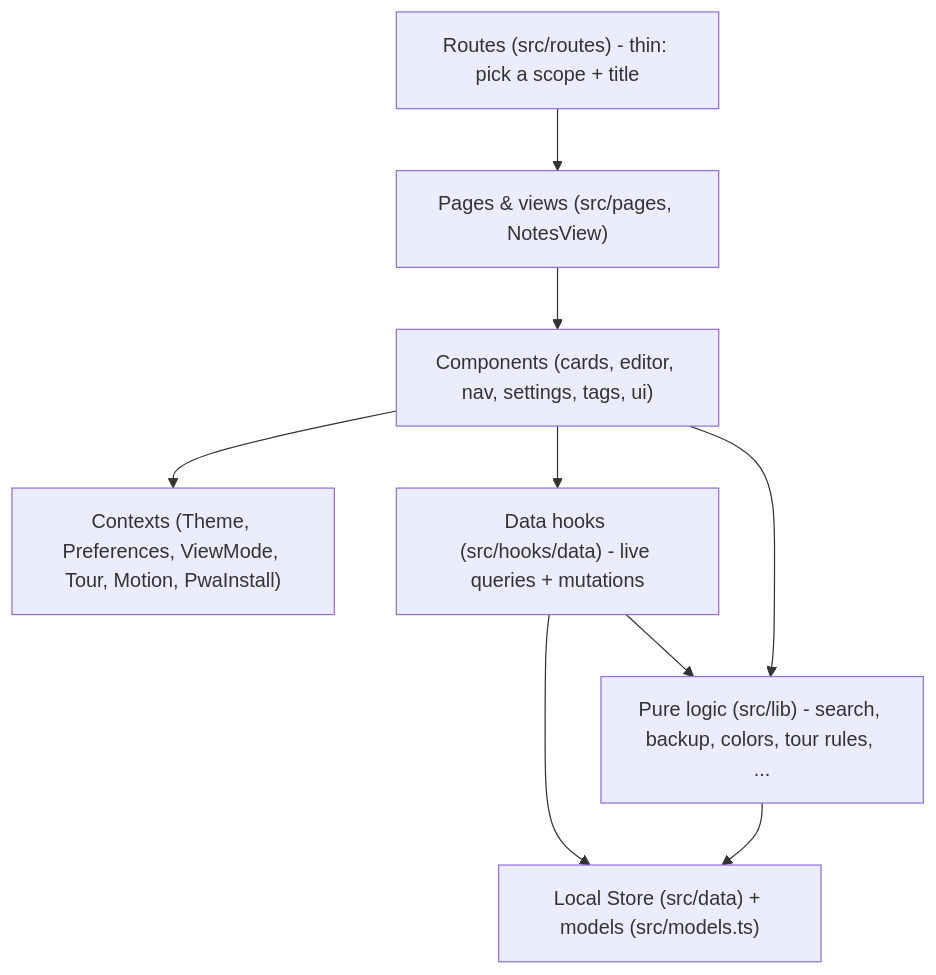
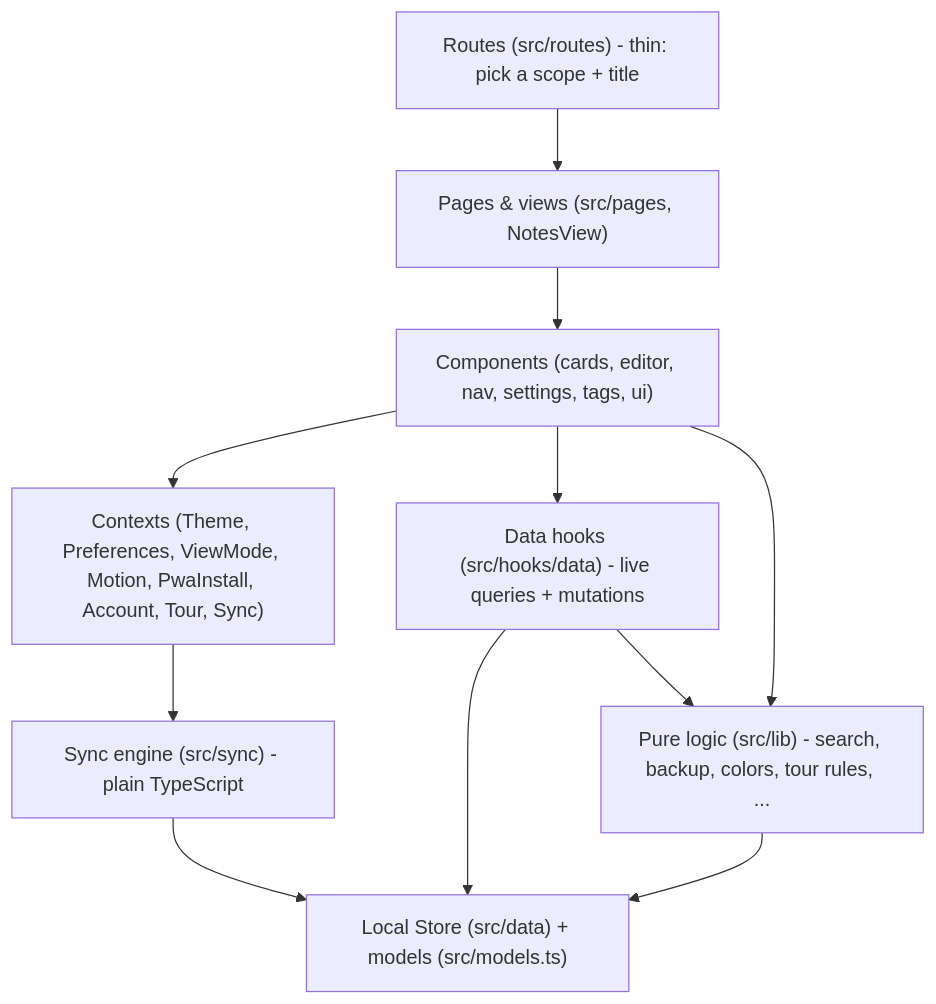
Before and after one commit to soukupj00/your-notes-fe: the second of 2 diagrams in docs/architecture/01-architecture.md, drawn with Mermaid. The commit also changed other lines of this file and 24 other files, not shown here.

Commit message:
docs: shorter CLAUDE.md files and roadmap with diagrams, architecture chapters brought up to the built state, slice records in their own file

````diff
--- a/docs/architecture/01-architecture.md
+++ b/docs/architecture/01-architecture.md
@@ -34,17 +34,20 @@
 ```mermaid
 flowchart TD
     R["Routes (src/routes) - thin: pick a scope + title"]
     P["Pages & views (src/pages, NotesView)"]
     C["Components (cards, editor, nav, settings, tags, ui)"]
-    X["Contexts (Theme, Preferences, ViewMode, Tour, Motion, PwaInstall)"]
+    X["Contexts (Theme, Preferences, ViewMode, Motion, PwaInstall, Account, Tour, Sync)"]
+    Y["Sync engine (src/sync) - plain TypeScript"]
     H["Data hooks (src/hooks/data) - live queries + mutations"]
     L["Pure logic (src/lib) - search, backup, colors, tour rules, ..."]
     D["Local Store (src/data) + models (src/models.ts)"]
     R --> P --> C
     C --> X
     C --> H
     H --> D
     C --> L
     H --> L
     L --> D
+    X --> Y
+    Y --> D
 ```
````
